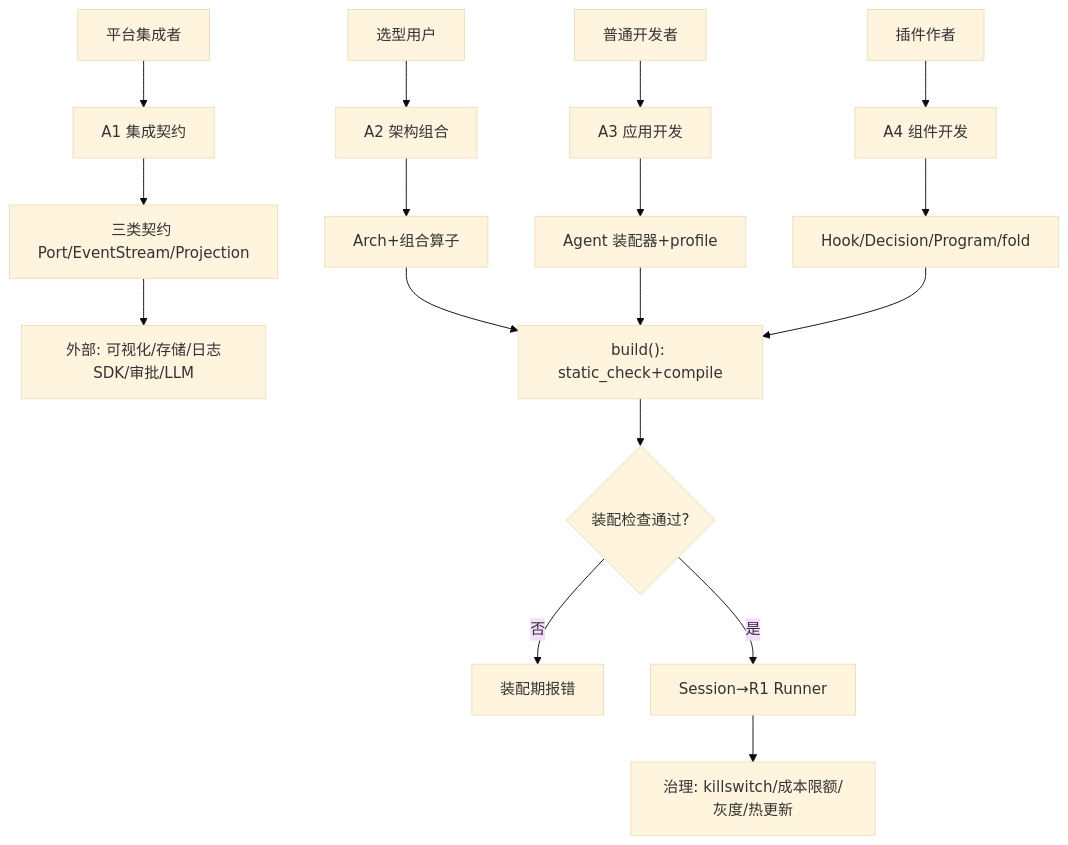
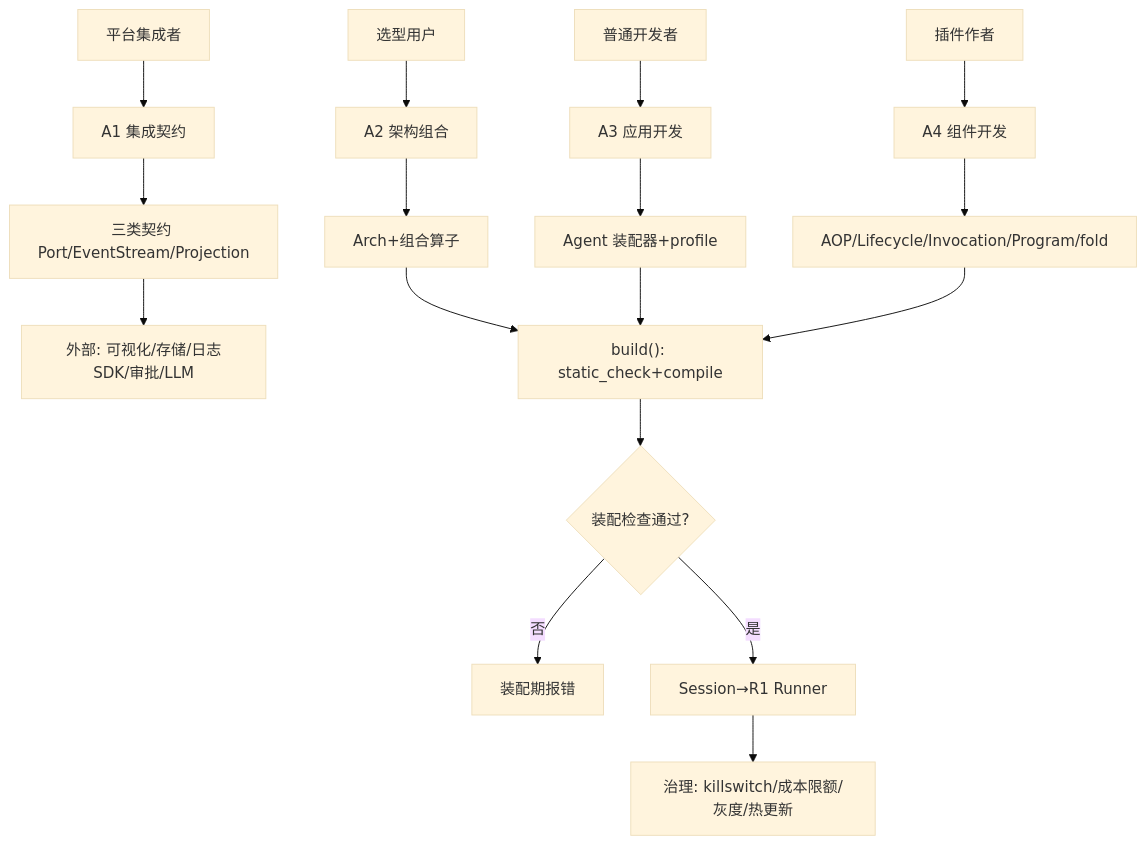
One commit to sao-lang/lll changed the diagram in docs/02-模块详设/Agent/R11-集成接入与治理.md. Above: the diagram before and after it, drawn with Mermaid (base theme). The commit also changed other lines of this file and 127 other files, not shown here.

````diff
--- a/docs/02-模块详设/Agent/R11-集成接入与治理.md
+++ b/docs/02-模块详设/Agent/R11-集成接入与治理.md
@@ -24,19 +24,19 @@
 ```mermaid
 flowchart TD
     U1["平台集成者"] --> A1["A1 集成契约"]
     U2["选型用户"] --> A2["A2 架构组合"]
     U3["普通开发者"] --> A3["A3 应用开发"]
     U4["插件作者"] --> A4["A4 组件开发"]
     A1 --> P["三类契约 Port/EventStream/Projection"]
     A2 --> AG["Arch+组合算子"]
     A3 --> AB["Agent 装配器+profile"]
-    A4 --> LOW["Hook/Decision/Program/fold"]
+    A4 --> LOW["AOP/Lifecycle/Invocation/Program/fold"]
     P --> EXT["外部: 可视化/存储/日志SDK/审批/LLM"]
     AG --> BUILD
     AB --> BUILD
     LOW --> BUILD["build(): static_check+compile"]
     BUILD --> CHK{"装配检查通过?"}
     CHK -->|否| ERR["装配期报错"]
     CHK -->|是| SESS["Session→R1 Runner"]
     SESS --> GOV["治理: killswitch/成本限额/灰度/热更新"]
 ```
````
